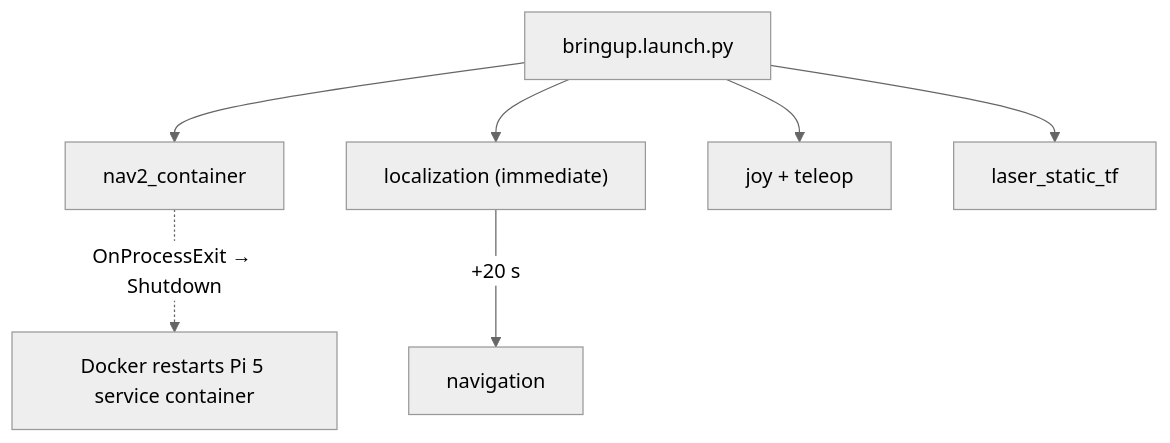
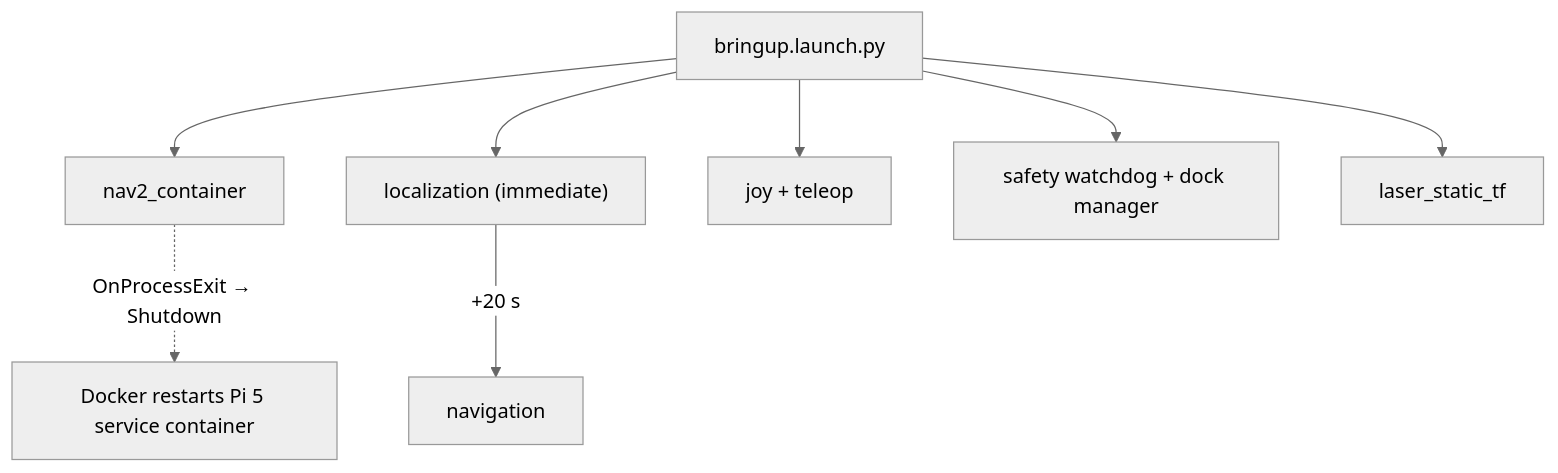
One commit to cmu-impactlab/patrolbot changed the diagram in docs/packages/patrolbot_navigation.md. Above: the diagram before and after it, drawn with Mermaid (neutral theme). The commit also changed other lines of this file and 38 other files, not shown here.

````diff
--- a/docs/packages/patrolbot_navigation.md
+++ b/docs/packages/patrolbot_navigation.md
@@ -62,9 +65,10 @@
 ```mermaid
 flowchart TB
     B["bringup.launch.py"] --> C["nav2_container"]
     B --> L["localization (immediate)"]
     L -->|"+20 s"| N["navigation"]
     B --> J["joy + teleop"]
+    B --> S["safety watchdog + dock manager"]
     B --> T["laser_static_tf"]
     C -. "OnProcessExit → Shutdown" .-> SD["Docker restarts Pi 5 service container"]
 ```
````
